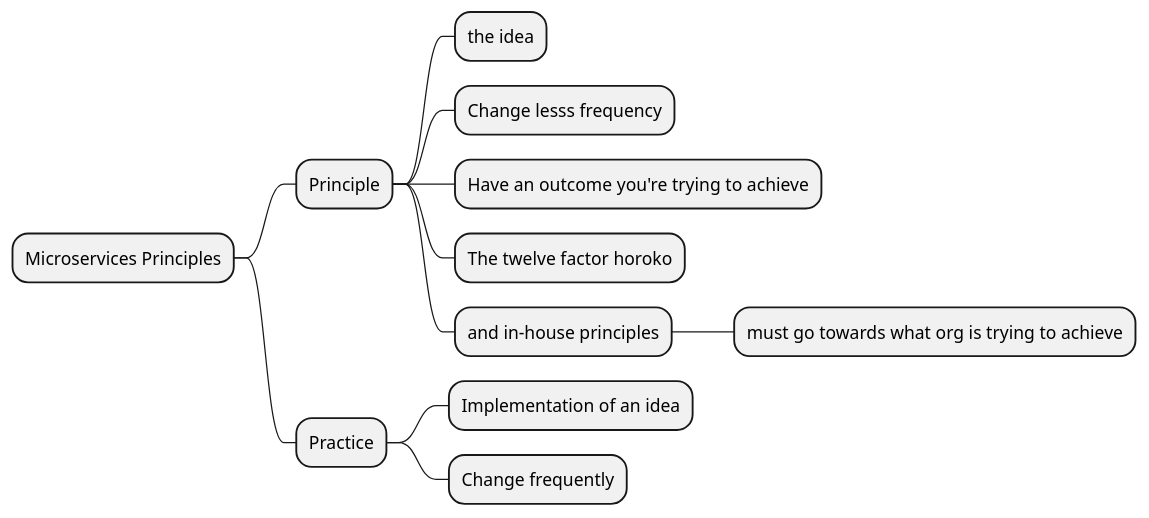
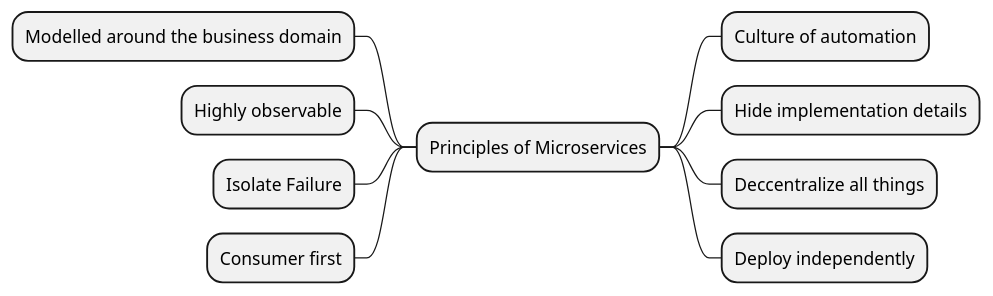
Before and after one commit to bobbyache/study-diagrams: the diagram in microservices/principles.plantuml, drawn with PlantUML. The commit also changed 2 other files, not shown here.

```diff
--- a/microservices/principles.plantuml
+++ b/microservices/principles.plantuml
@@ -2,21 +2,31 @@
 @startmindmap
 
 ' 12 factor app
 ' https://12factor.net/
 
-+ Microservices Principles
-++ Principle
-+++ the idea
-+++ Change lesss frequency
-+++ Have an outcome you're trying to achieve
-+++ The twelve factor horoko
-+++ and in-house principles
-++++ must go towards what org is trying to achieve
-++ Practice
-+++ Implementation of an idea
-+++ Change frequently
+' + Microservices Principles
+' ++ Principle
+' +++ the idea
+' +++ Change lesss frequency
+' +++ Have an outcome you're trying to achieve
+' +++ The twelve factor horoko
+' +++ and in-house principles
+' ++++ must go towards what org is trying to achieve
+' ++ Practice
+' +++ Implementation of an idea
+' +++ Change frequently
 
+
++ Principles of Microservices
+-- Modelled around the business domain
+-- Highly observable
+-- Isolate Failure
+-- Consumer first
+++ Culture of automation
+++ Hide implementation details
+++ Deccentralize all things
+++ Deploy independently
 
 
 
 @endmindmap
```
